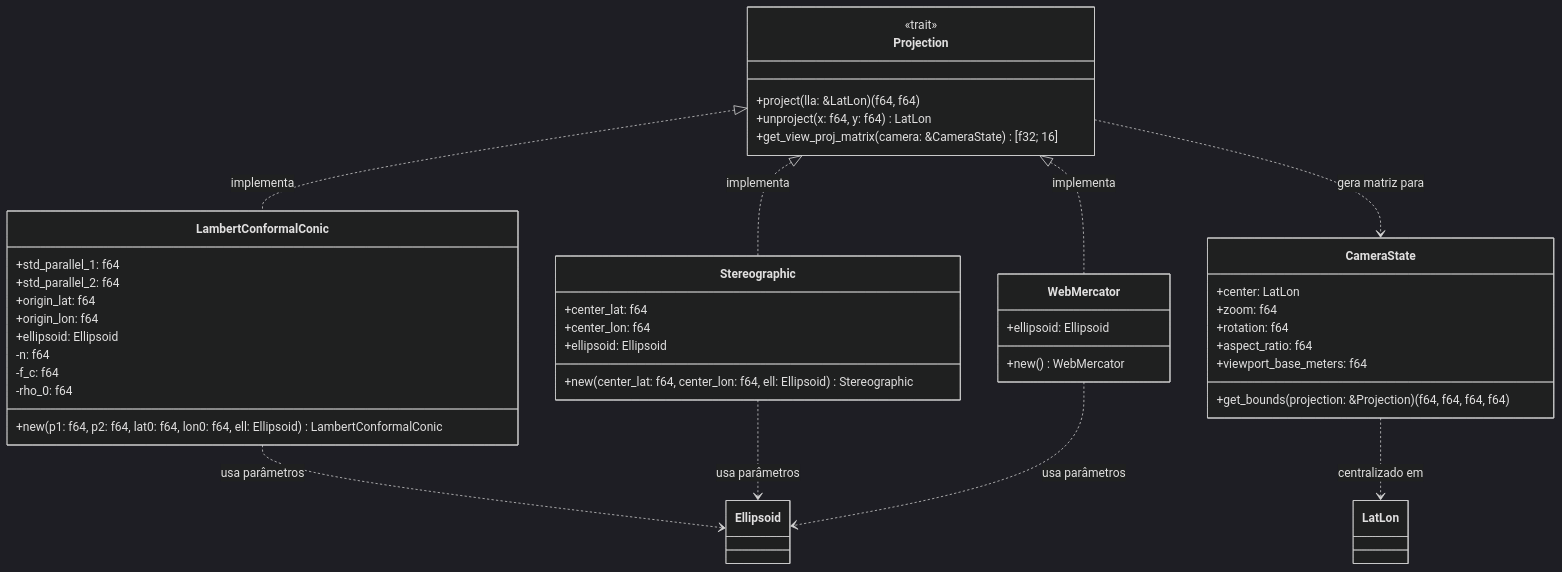
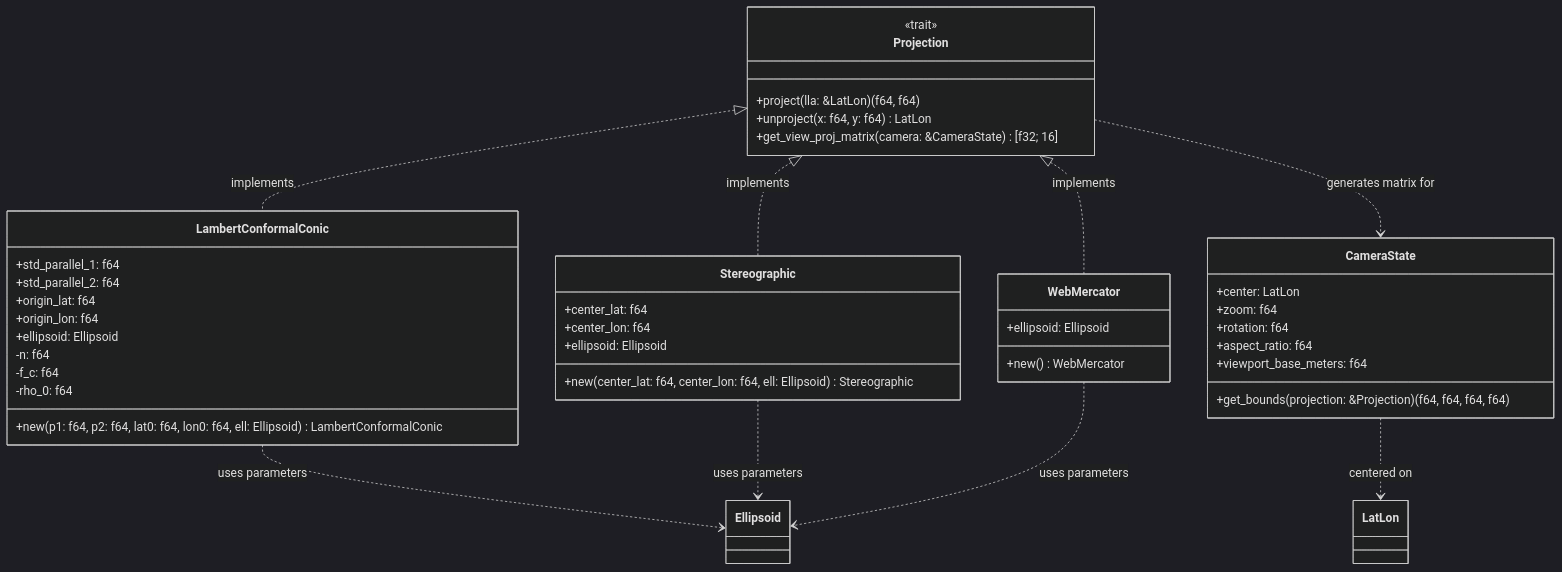
Before and after one commit to rodoni/olayer: the diagram in docs/core/projections/arch.md, drawn with Mermaid (dark theme). The commit also changed other lines of this file and 29 other files, not shown here.

````diff
--- a/docs/core/projections/arch.md
+++ b/docs/core/projections/arch.md
@@ -23,58 +23,58 @@
 ```mermaid
 classDiagram
     direction TB
 
-    %% Estruturas e Configurações
+    %% Structures and Configurations
     class CameraState {
         +center: LatLon
         +zoom: f64
         +rotation: f64
         +aspect_ratio: f64
         +viewport_base_meters: f64
         +get_bounds(projection: &Projection) (f64, f64, f64, f64)
     }
 
     class Projection {
         <<trait>>
         +project(lla: &LatLon) (f64, f64)
         +unproject(x: f64, y: f64) LatLon
         +get_view_proj_matrix(camera: &CameraState) [f32; 16]
     }
 
-    %% Projeções Concretas
+    %% Concrete Projections
     class LambertConformalConic {
         +std_parallel_1: f64
         +std_parallel_2: f64
         +origin_lat: f64
         +origin_lon: f64
         +ellipsoid: Ellipsoid
         -n: f64
         -f_c: f64
         -rho_0: f64
         +new(p1: f64, p2: f64, lat0: f64, lon0: f64, ell: Ellipsoid) LambertConformalConic
     }
 
     class Stereographic {
         +center_lat: f64
         +center_lon: f64
         +ellipsoid: Ellipsoid
         +new(center_lat: f64, center_lon: f64, ell: Ellipsoid) Stereographic
     }
 
     class WebMercator {
         +ellipsoid: Ellipsoid
         +new() WebMercator
     }
 
-    %% Relações de Dependência
-    Projection <|.. LambertConformalConic : implementa
-    Projection <|.. Stereographic : implementa
-    Projection <|.. WebMercator : implementa
+    %% Dependency Relations
+    Projection <|.. LambertConformalConic : implements
+    Projection <|.. Stereographic : implements
+    Projection <|.. WebMercator : implements
 
-    LambertConformalConic ..> Ellipsoid : usa parâmetros
-    Stereographic ..> Ellipsoid : usa parâmetros
-    WebMercator ..> Ellipsoid : usa parâmetros
+    LambertConformalConic ..> Ellipsoid : uses parameters
+    Stereographic ..> Ellipsoid : uses parameters
+    WebMercator ..> Ellipsoid : uses parameters
 
-    CameraState ..> LatLon : centralizado em
-    Projection ..> CameraState : gera matriz para
+    CameraState ..> LatLon : centered on
+    Projection ..> CameraState : generates matrix for
 ```
````
